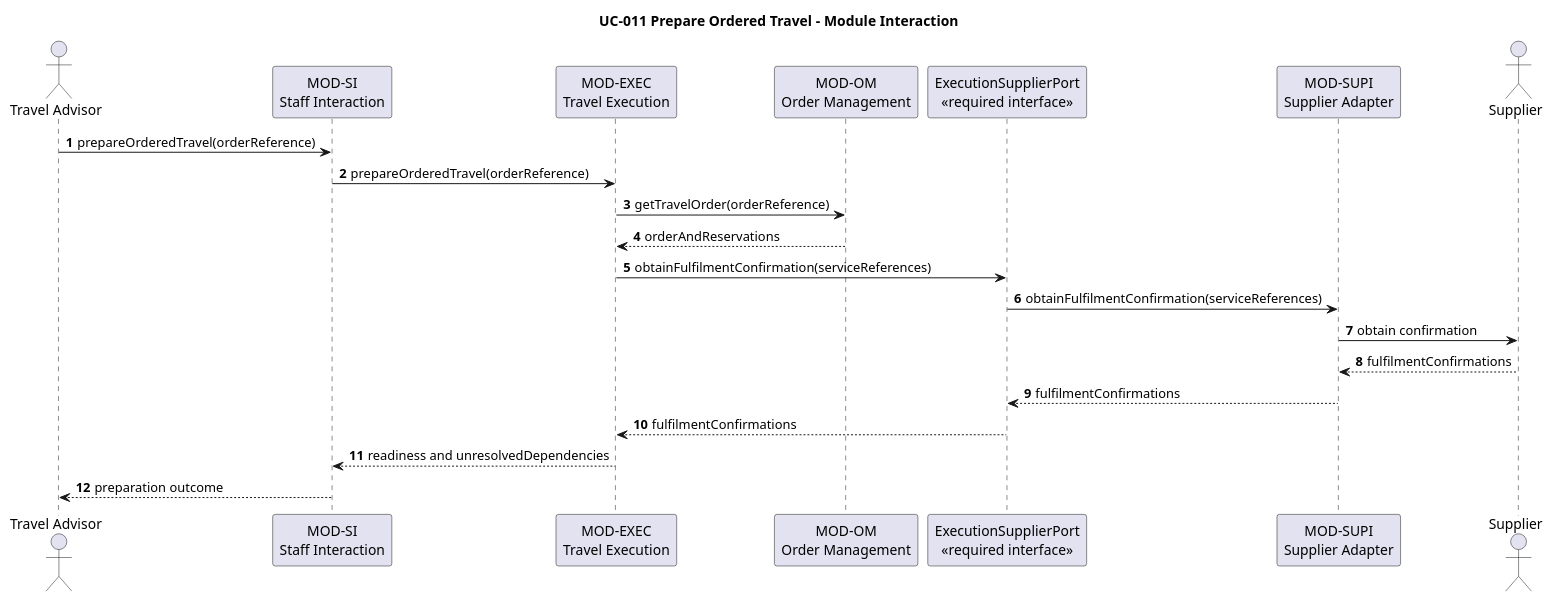
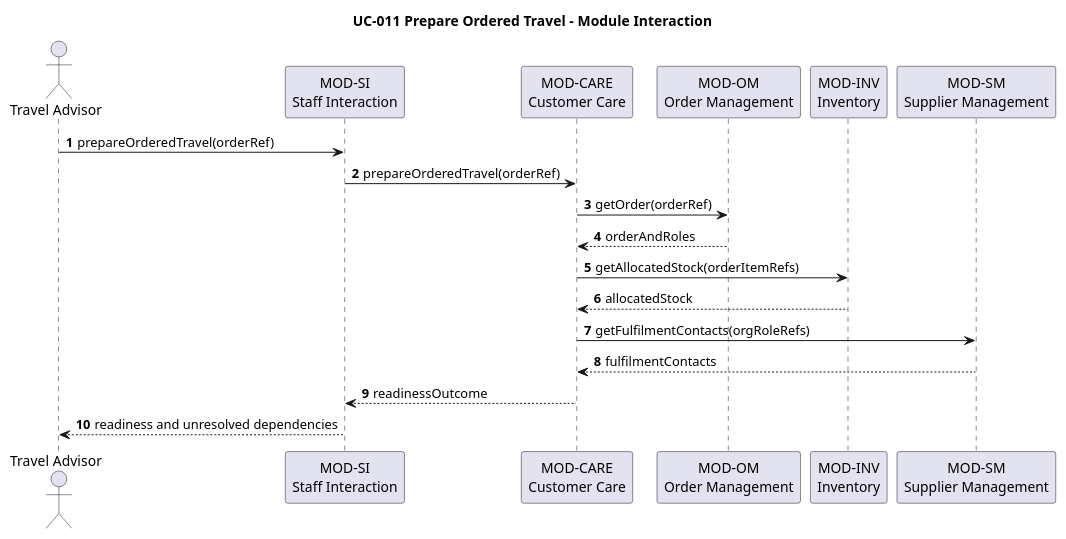
The diagram in docs/architecture/software-architecture/uc-011-prepare-ordered-travel.puml (hochschule-darmstadt/a3se_app), drawn with PlantUML before and after one commit. The commit also changed 100 other files, not shown here.

Commit message:
Refine domain, software architecture, and data model

```diff
--- a/docs/architecture/software-architecture/uc-011-prepare-ordered-travel.puml
+++ b/docs/architecture/software-architecture/uc-011-prepare-ordered-travel.puml
@@ -1,24 +1,21 @@
 @startuml
 title UC-011 Prepare Ordered Travel - Module Interaction
 autonumber
 actor "Travel Advisor" as Advisor
 participant "MOD-SI\nStaff Interaction" as SI
-participant "MOD-EXEC\nTravel Execution" as EXEC
+participant "MOD-CARE\nCustomer Care" as CARE
 participant "MOD-OM\nOrder Management" as OM
-participant "ExecutionSupplierPort\n<<required interface>>" as PORT
-participant "MOD-SUPI\nSupplier Adapter" as SUPI
-actor Supplier
+participant "MOD-INV\nInventory" as INV
+participant "MOD-SM\nSupplier Management" as SM
 
-Advisor -> SI: prepareOrderedTravel(orderReference)
-SI -> EXEC: prepareOrderedTravel(orderReference)
-EXEC -> OM: getTravelOrder(orderReference)
-OM --> EXEC: orderAndReservations
-EXEC -> PORT: obtainFulfilmentConfirmation(serviceReferences)
-PORT -> SUPI: obtainFulfilmentConfirmation(serviceReferences)
-SUPI -> Supplier: obtain confirmation
-Supplier --> SUPI: fulfilmentConfirmations
-SUPI --> PORT: fulfilmentConfirmations
-PORT --> EXEC: fulfilmentConfirmations
-EXEC --> SI: readiness and unresolvedDependencies
-SI --> Advisor: preparation outcome
+Advisor -> SI: prepareOrderedTravel(orderRef)
+SI -> CARE: prepareOrderedTravel(orderRef)
+CARE -> OM: getOrder(orderRef)
+OM --> CARE: orderAndRoles
+CARE -> INV: getAllocatedStock(orderItemRefs)
+INV --> CARE: allocatedStock
+CARE -> SM: getFulfilmentContacts(orgRoleRefs)
+SM --> CARE: fulfilmentContacts
+CARE --> SI: readinessOutcome
+SI --> Advisor: readiness and unresolved dependencies
 @enduml
```
